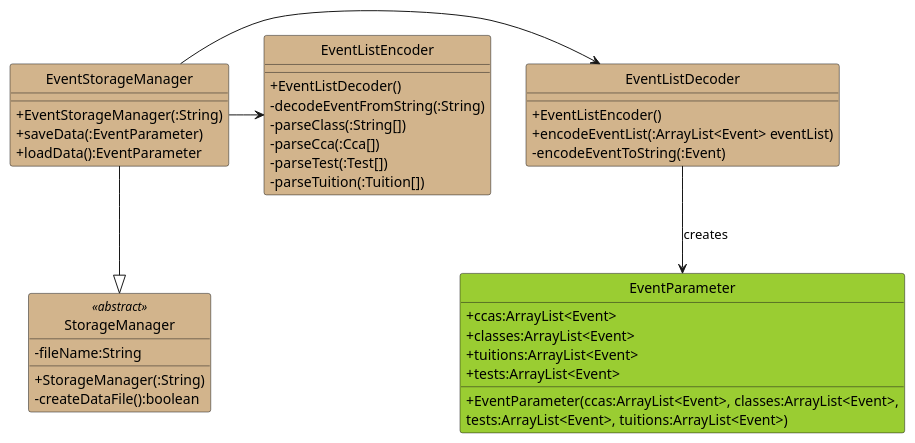
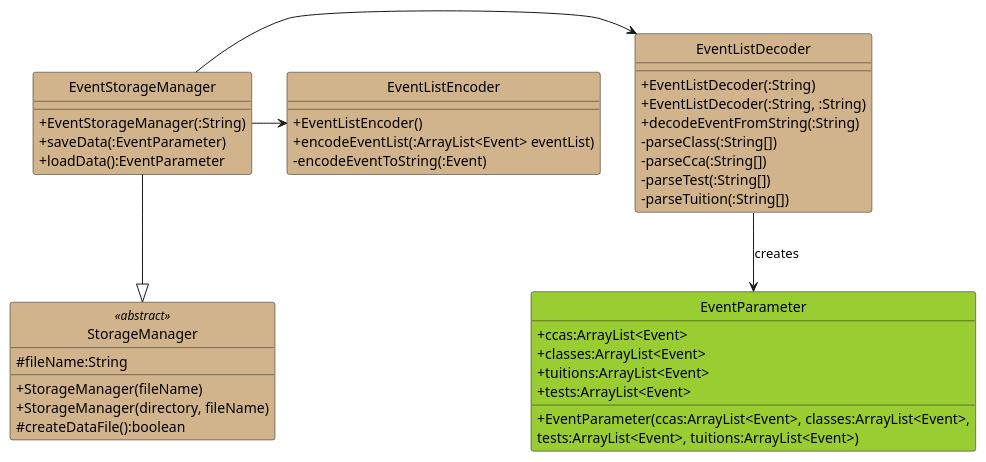
Before and after one commit to untitle4/tp: the diagram in docs/plantuml/EventStorageManager.puml, drawn with PlantUML. The commit also changed 4 other files, not shown here.

Commit message:
Update diagrams

```diff
--- a/docs/plantuml/EventStorageManager.puml
+++ b/docs/plantuml/EventStorageManager.puml
@@ -1,49 +1,51 @@
 @startuml
 hide circles
 skinparam classAttributeIconSize 0
 
 class StorageManager <<abstract>> #Tan {
-    - fileName:String
-    + StorageManager(:String)
-    - createDataFile():boolean
+    # fileName:String
+    + StorageManager(fileName)
+    + StorageManager(directory, fileName)
+    # createDataFile():boolean
 }
 
 class EventStorageManager #Tan {
     + EventStorageManager(:String)
     + saveData(:EventParameter)
     + loadData():EventParameter
 }
 
 EventStorageManager --|> StorageManager
 
 class EventListDecoder #Tan {
-    + EventListEncoder()
-    + encodeEventList(:ArrayList<Event> eventList)
-    - encodeEventToString(:Event)
+     + EventListDecoder(:String)
+     + EventListDecoder(:String, :String)
+     + decodeEventFromString(:String)
+     - parseClass(:String[])
+     - parseCca(:String[])
+     - parseTest(:String[])
+     - parseTuition(:String[])
 }
 
 EventStorageManager -> EventListDecoder
 
 class EventListEncoder #Tan {
-    + EventListDecoder()
-    - decodeEventFromString(:String)
-    - parseClass(:String[])
-    - parseCca(:Cca[])
-    - parseTest(:Test[])
-    - parseTuition(:Tuition[])
+    + EventListEncoder()
+    + encodeEventList(:ArrayList<Event> eventList)
+    - encodeEventToString(:Event)
 }
 
 EventStorageManager -> EventListEncoder
 
 class EventParameter #YellowGreen {
     + ccas:ArrayList<Event>
     + classes:ArrayList<Event>
     + tuitions:ArrayList<Event>
     + tests:ArrayList<Event>
     + EventParameter(ccas:ArrayList<Event>, classes:ArrayList<Event>,
     tests:ArrayList<Event>, tuitions:ArrayList<Event>)
 }
 
 EventListDecoder --> EventParameter : creates
 
 @enduml
```
